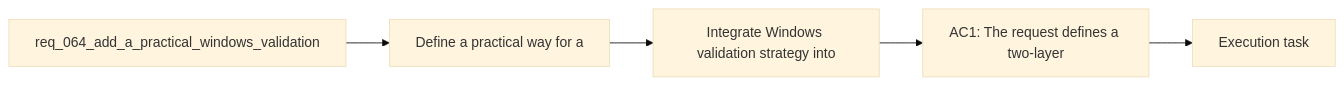
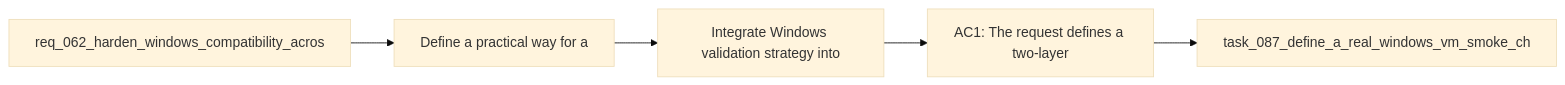
Before and after one commit to AlexAgo83/logics-manager: the diagram in logics/backlog/item_084_integrate_windows_validation_strategy_into_release_preparation_and_debugging_workflows.md, drawn with Mermaid (base theme). The commit also changed 481 other files, not shown here.

````diff
--- a/logics/backlog/item_084_integrate_windows_validation_strategy_into_release_preparation_and_debugging_workflows.md
+++ b/logics/backlog/item_084_integrate_windows_validation_strategy_into_release_preparation_and_debugging_workflows.md
@@ -23,9 +23,9 @@
 ```mermaid
 %% logics-kind: backlog
 %% logics-signature: backlog|integrate-windows-validation-strategy-in|req-062-harden-windows-compatibility-acr|define-a-practical-way-for-a|ac1-the-request-defines-a-two-layer
 flowchart LR
-    Request[req_064_add_a_practical_windows_validation] --> Problem[Define a practical way for a]
+    Request[req_062_harden_windows_compatibility_acros] --> Problem[Define a practical way for a]
     Problem --> Scope[Integrate Windows validation strategy into]
     Scope --> Acceptance[AC1: The request defines a two-layer]
-    Acceptance --> Tasks[Execution task]
+    Acceptance --> Tasks[task_087_define_a_real_windows_vm_smoke_ch]
 ```
````
